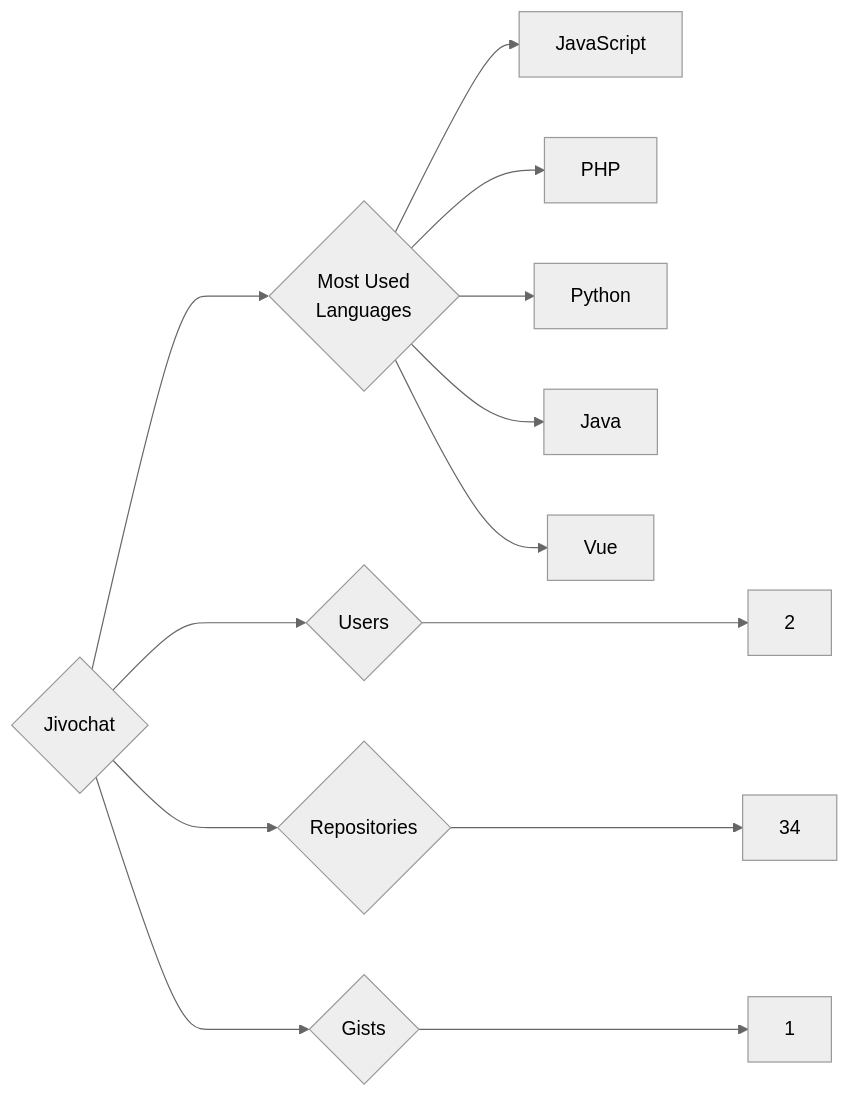
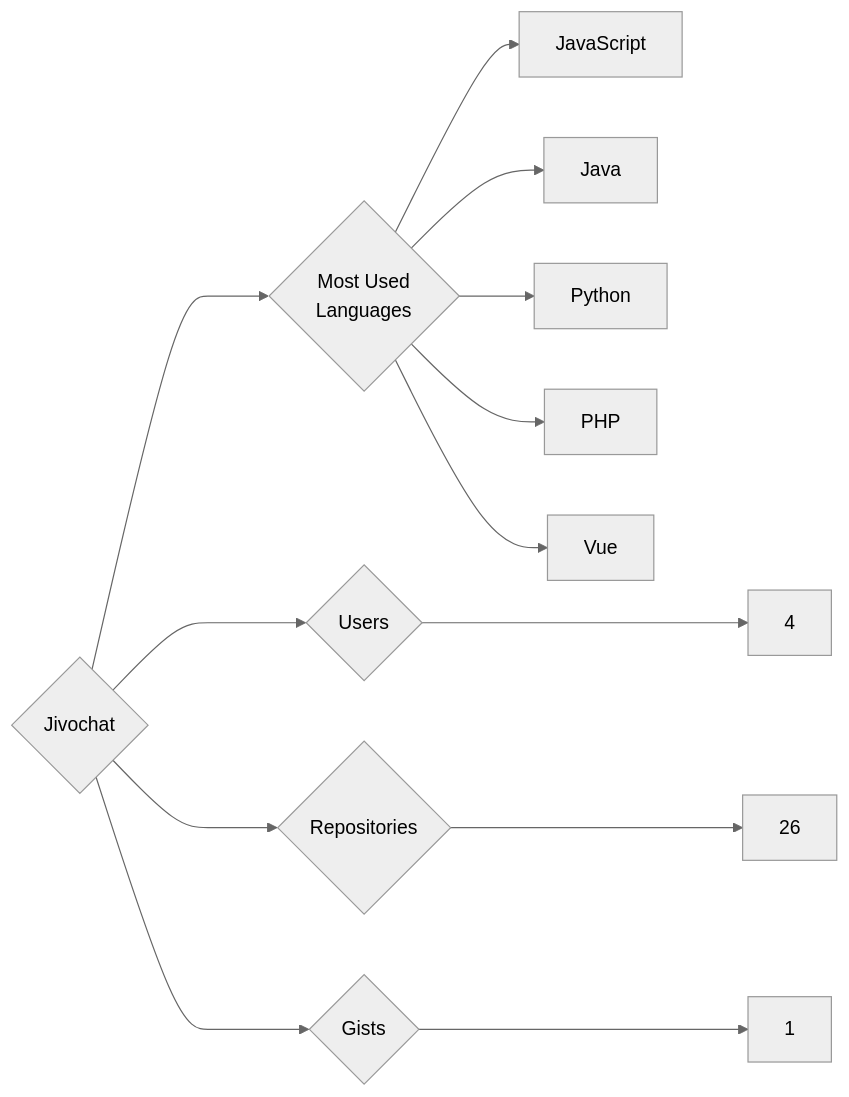
One commit to trickest/insiders changed the diagram in targets/Jivochat/README.md. Above: the diagram before and after it, drawn with Mermaid (neutral theme). The commit also changed 900 other files, not shown here.

````diff
--- a/targets/Jivochat/README.md
+++ b/targets/Jivochat/README.md
@@ -3,13 +3,13 @@
 ```mermaid
 graph LR
 COMPANY_NAME{Jivochat}
-COMPANY_NAME ---> U{Users} ---> UN[2]
-COMPANY_NAME ---> R{Repositories} ---> RN[34]
+COMPANY_NAME ---> U{Users} ---> UN[4]
+COMPANY_NAME ---> R{Repositories} ---> RN[26]
 COMPANY_NAME ---> G{Gists} ---> GN[1]
 COMPANY_NAME ---> ML{Most Used<br>Languages}
 ML --> JavaScript[JavaScript]
+ML --> Java[Java]
+ML --> Python[Python]
 ML --> PHP[PHP]
-ML --> Python[Python]
-ML --> Java[Java]
 ML --> Vue[Vue]
 ```
````
